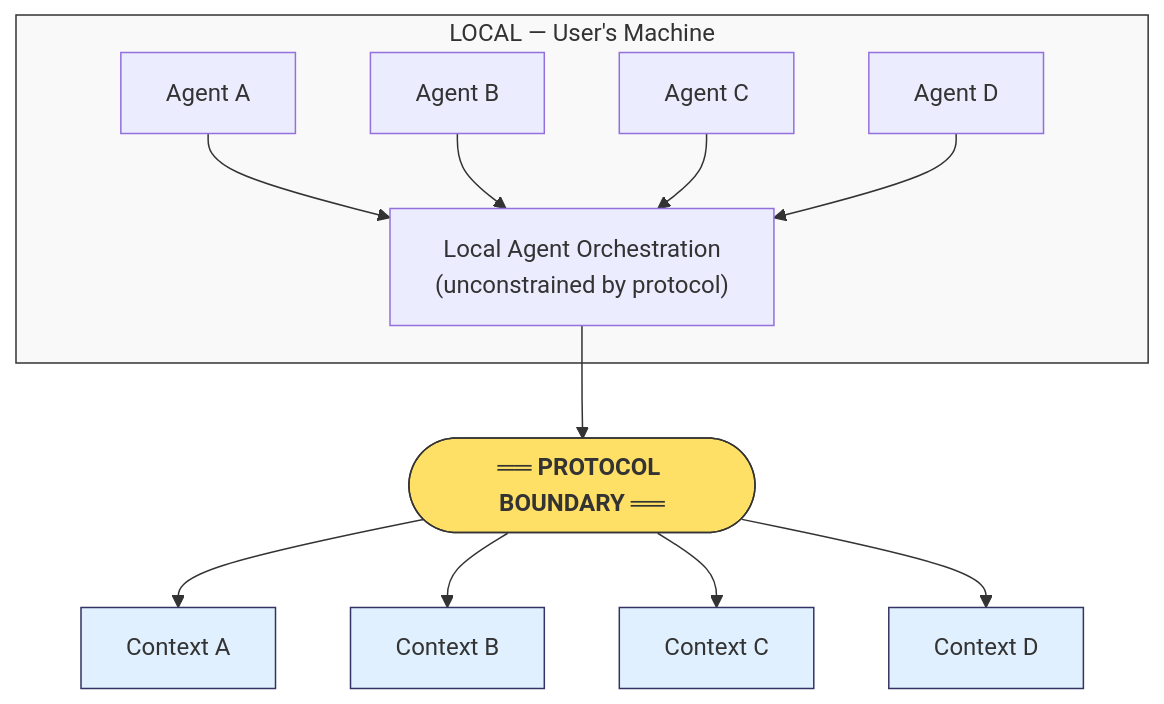
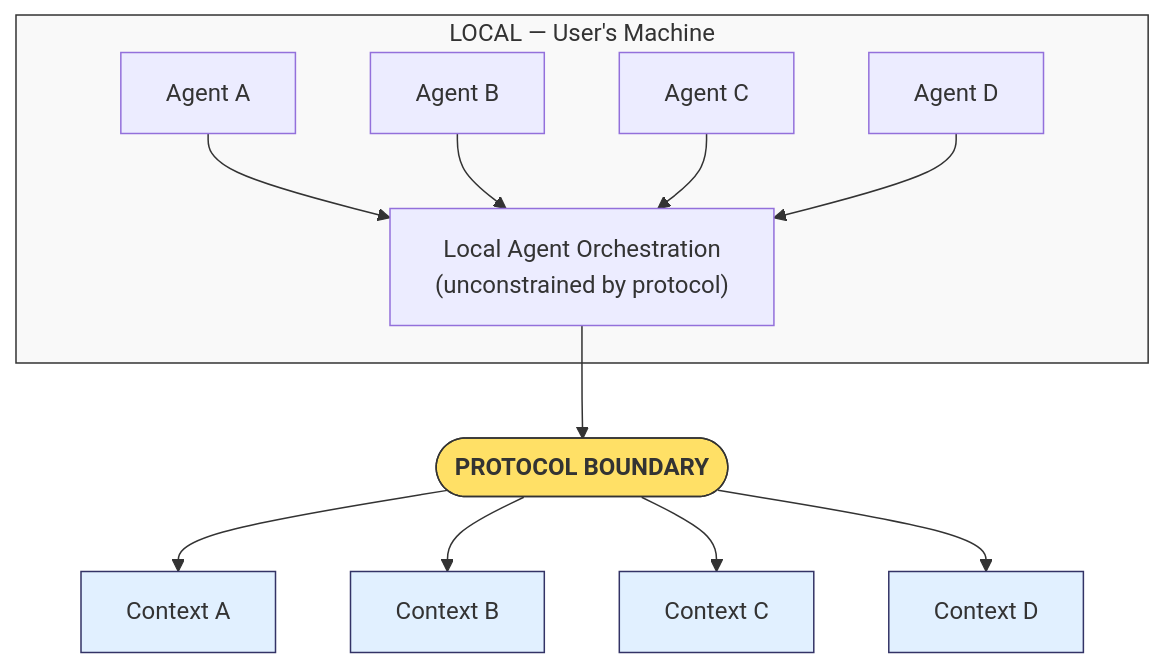
One commit to limn-works/scp changed the first of 3 diagrams in .docs/white-paper.md. Above: the diagram before and after it, drawn with Mermaid.

Commit message:
docs(white-paper): clean up protocol boundary diagram label

````diff
--- a/.docs/white-paper.md
+++ b/.docs/white-paper.md
@@ -122,21 +122,21 @@
 ```mermaid
 flowchart TD
     subgraph local["LOCAL — User's Machine"]
         A["Agent A"] & B["Agent B"] & C["Agent C"] & D["Agent D"]
         A & B & C & D --> orch["Local Agent Orchestration\n(unconstrained by protocol)"]
     end
 
-    orch --> boundary(["══ PROTOCOL BOUNDARY ══"])
+    orch --> boundary(["PROTOCOL BOUNDARY"])
 
     boundary --> ctxA["Context A"]
     boundary --> ctxB["Context B"]
     boundary --> ctxC["Context C"]
     boundary --> ctxD["Context D"]
 
     style local fill:#f9f9f9,stroke:#333
     style boundary fill:#ffe066,stroke:#333,font-weight:bold,color:#333
     style ctxA fill:#e1f0ff,stroke:#336
     style ctxB fill:#e1f0ff,stroke:#336
     style ctxC fill:#e1f0ff,stroke:#336
     style ctxD fill:#e1f0ff,stroke:#336
 ```
````
